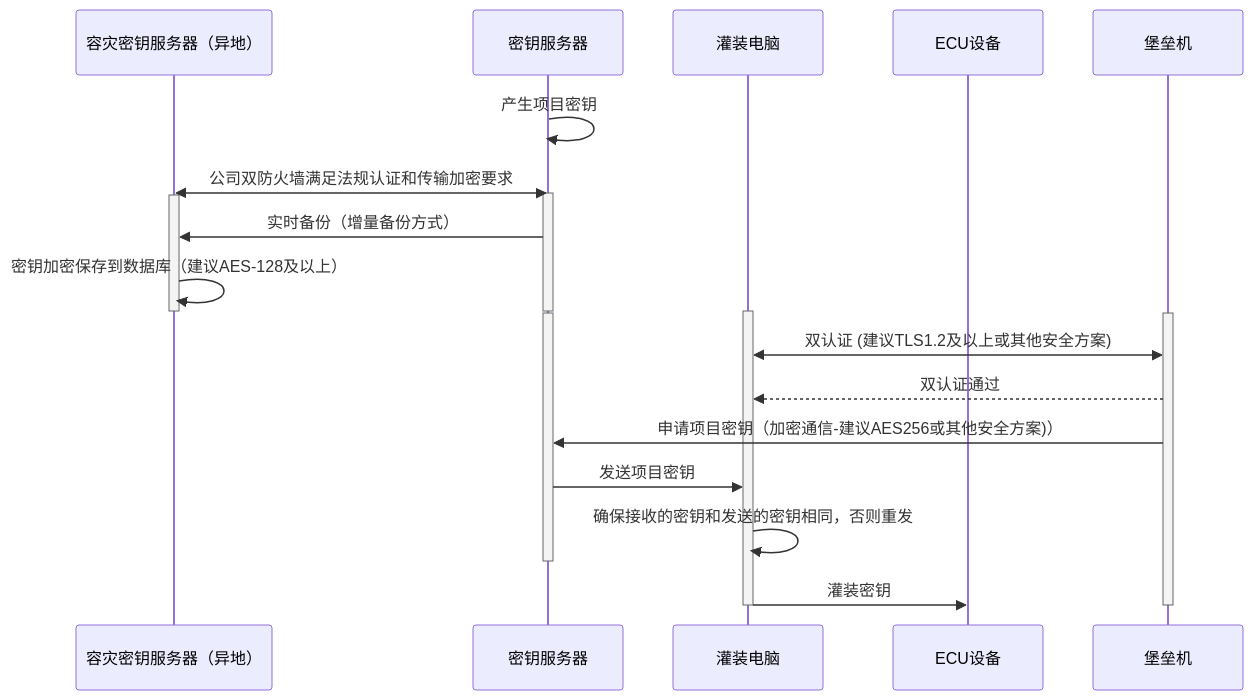
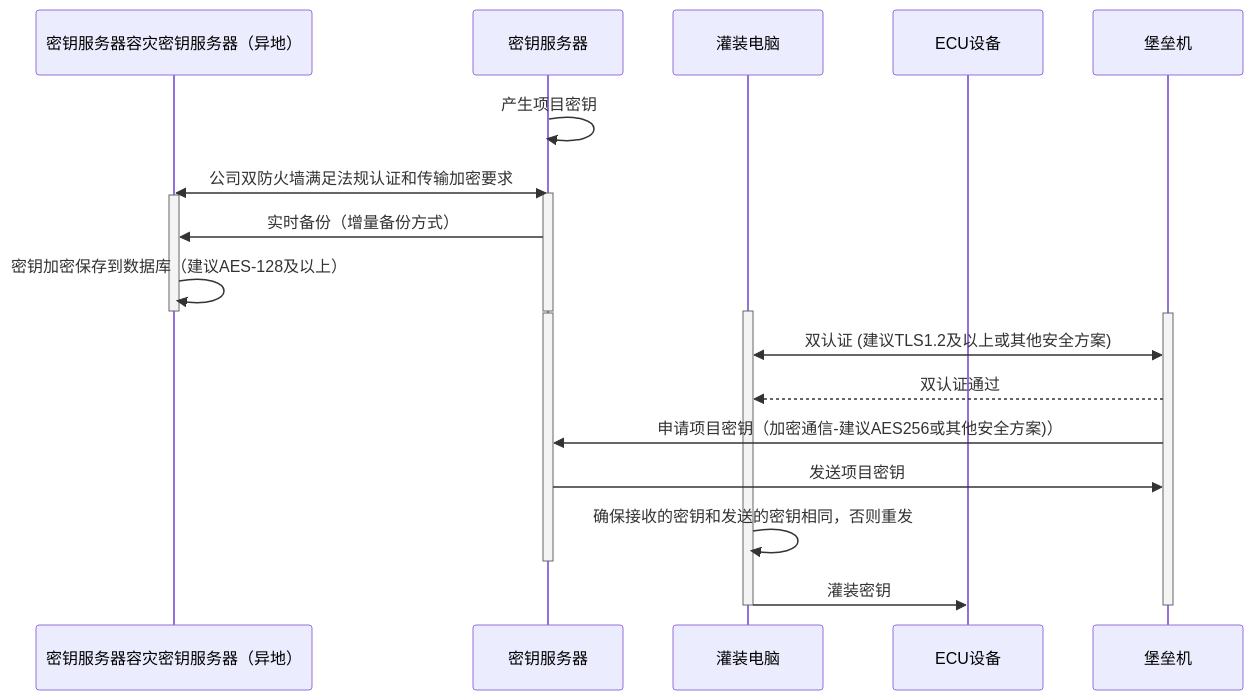
Before and after one commit to facebook-cloud/iodraw-files: the diagram in all/未命名-15.md, drawn with Mermaid.

Commit message:
2026-02-07 09:58:36 update

````diff
--- a/all/未命名-15.md
+++ b/all/未命名-15.md
@@ -1,34 +1,34 @@
 ```mermaid
 sequenceDiagram
-    participant B as 容灾密钥服务器（异地）
+    participant B as 密钥服务器容灾密钥服务器（异地）
     participant A as 密钥服务器
     participant C as 灌装电脑
     participant D as ECU设备
     participant E as 堡垒机
 
     A->>A: 产生项目密钥
     A<<->>B: 公司双防火墙满足法规认证和传输加密要求
     activate A
     activate B
     A->>B: 实时备份（增量备份方式）
     B->>B: 密钥加密保存到数据库（建议AES-128及以上）
     deactivate B
     deactivate A
 
     activate C
     activate A
     activate E
 
     C<<->>E: 双认证 (建议TLS1.2及以上或其他安全方案)
     E-->>C: 双认证通过
 
     E->>A: 申请项目密钥（加密通信-建议AES256或其他安全方案)）
-    A->>C: 发送项目密钥
+    A->>E: 发送项目密钥
 
     C->>C: 确保接收的密钥和发送的密钥相同，否则重发
     deactivate A
     C->>D: 灌装密钥
     deactivate C
     deactivate E
 
 ```
````
